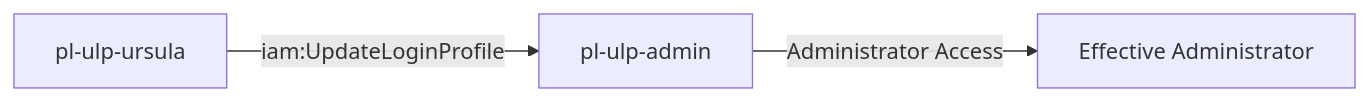
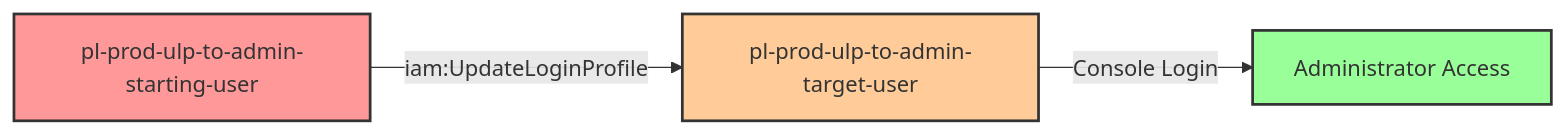
Before and after one commit to DataDog/pathfinding-labs: the diagram in modules/scenarios/single-account/privesc-one-hop/to-admin/iam-updateloginprofile/README.md, drawn with Mermaid. The commit also changed other lines of this file and 127 other files, not shown here.

````diff
--- a/modules/scenarios/single-account/privesc-one-hop/to-admin/iam-updateloginprofile/README.md
+++ b/modules/scenarios/single-account/privesc-one-hop/to-admin/iam-updateloginprofile/README.md
@@ -21,5 +28,9 @@
 ```mermaid
 graph LR
-    A[pl-ulp-ursula] -->|iam:UpdateLoginProfile| B[pl-ulp-admin]
-    B -->|Administrator Access| C[Effective Administrator]
+    A[pl-prod-ulp-to-admin-starting-user] -->|iam:UpdateLoginProfile| B[pl-prod-ulp-to-admin-target-user]
+    B -->|Console Login| C[Administrator Access]
+
+    style A fill:#ff9999,stroke:#333,stroke-width:2px
+    style B fill:#ffcc99,stroke:#333,stroke-width:2px
+    style C fill:#99ff99,stroke:#333,stroke-width:2px
 ```
````
